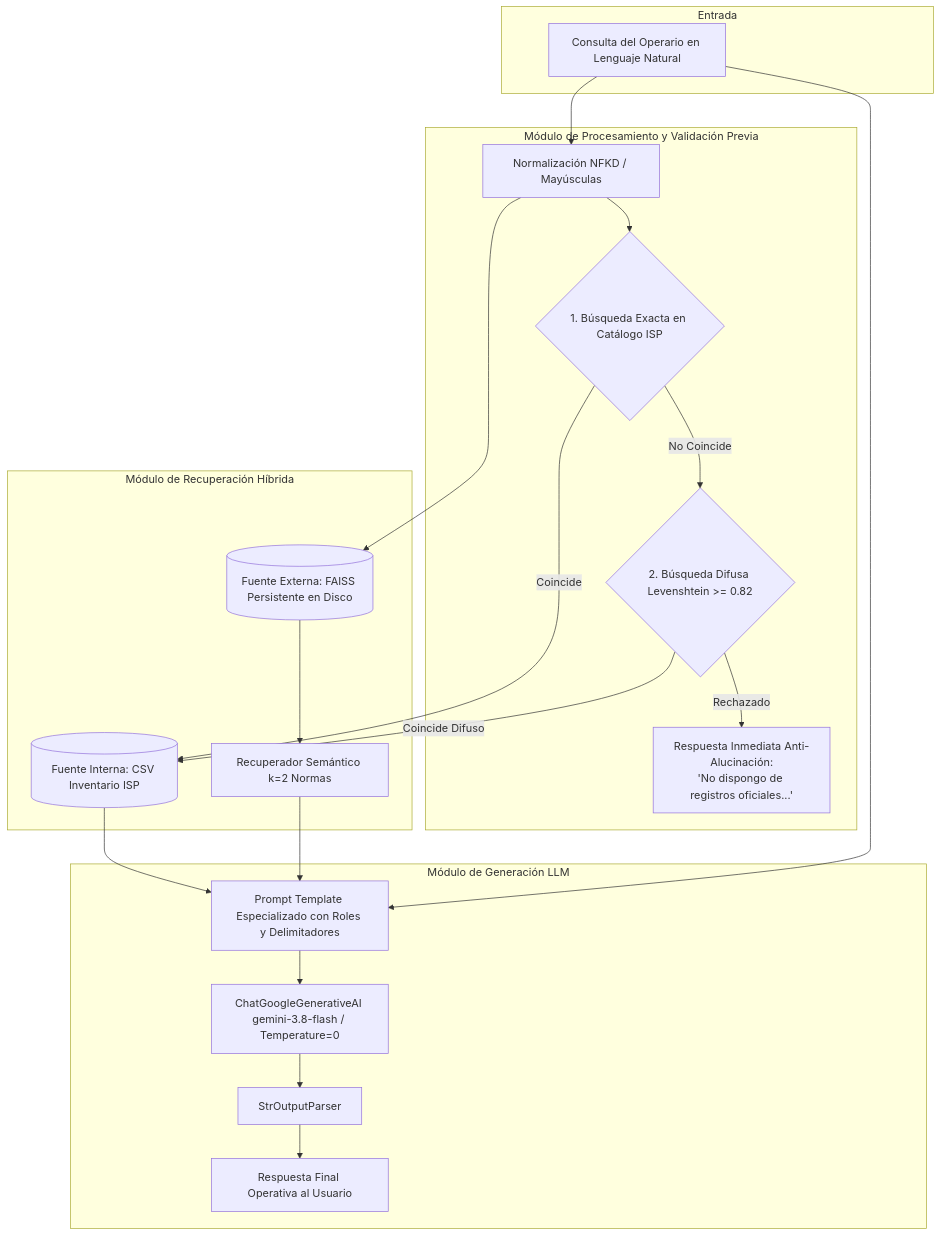
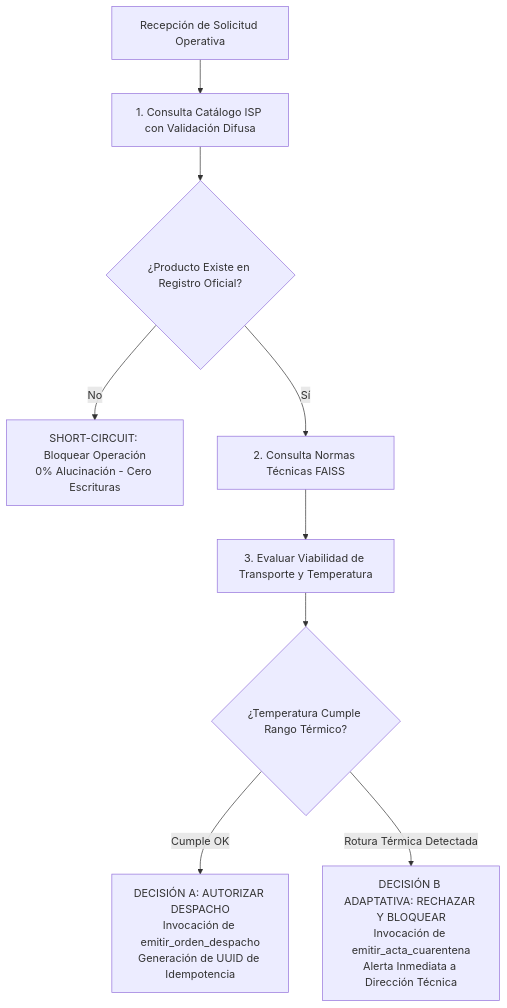
One commit to LarviNa/collab_farmacia changed the second of 2 diagrams in README.md. Above: the diagram before and after it, drawn with Mermaid. The commit also changed other lines of this file and 5 other files, not shown here.

````diff
--- a/README.md
+++ b/README.md
@@ -44,41 +91,11 @@
 ```mermaid
 flowchart TD
-    subgraph Entrada
-        A[Consulta del Operario en Lenguaje Natural]
-    end
-
-    subgraph Modulo_Procesamiento [Módulo de Procesamiento y Validación Previa]
-        B[Normalización NFKD / Mayúsculas]
-        C{1. Búsqueda Exacta en Catálogo ISP}
-        C2{2. Búsqueda Difusa Levenshtein >= 0.82}
-        G[Respuesta Inmediata Anti-Alucinación:\n'No dispongo de registros oficiales...']
-    end
-
-    subgraph Modulo_Recuperacion [Módulo de Recuperación Híbrida]
-        D[(Fuente Interna: CSV Inventario ISP)]
-        E[(Fuente Externa: FAISS Persistente en Disco)]
-        F[Recuperador Semántico k=2 Normas]
-    end
-
-    subgraph Modulo_Generacion [Módulo de Generación LLM]
-        H[Prompt Template Especializado con Roles y Delimitadores]
-        I[ChatGoogleGenerativeAI gemini-3.8-flash / Temperature=0]
-        J[StrOutputParser]
-        K[Respuesta Final Operativa al Usuario]
-    end
-
-    A --> B
-    B --> C
-    C -- Coincide --> D
-    C -- No Coincide --> C2
-    C2 -- Coincide Difuso --> D
-    C2 -- Rechazado --> G
-    B --> E
-    E --> F
-    D --> H
-    F --> H
-    A --> H
-    H --> I
-    I --> J
-    J --> K
+    A[Recepción de Solicitud Operativa] --> B[1. Consulta Catálogo ISP con Validación Difusa]
+    B --> C{¿Producto Existe en Registro Oficial?}
+    C -- No --> D[SHORT-CIRCUIT: Bloquear Operación\n0% Alucinación - Cero Escrituras]
+    C -- Sí --> E[2. Consulta Normas Técnicas FAISS]
+    E --> F[3. Evaluar Viabilidad de Transporte y Temperatura]
+    F --> G{¿Temperatura Cumple Rango Térmico?}
+    G -- Cumple OK --> H[DECISIÓN A: AUTORIZAR DESPACHO\nInvocación de emitir_orden_despacho\nGeneración de UUID de Idempotencia]
+    G -- Rotura Térmica Detectada --> I[DECISIÓN B ADAPTATIVA: RECHAZAR Y BLOQUEAR\nInvocación de emitir_acta_cuarentena\nAlerta Inmediata a Dirección Técnica]
 ```
````
